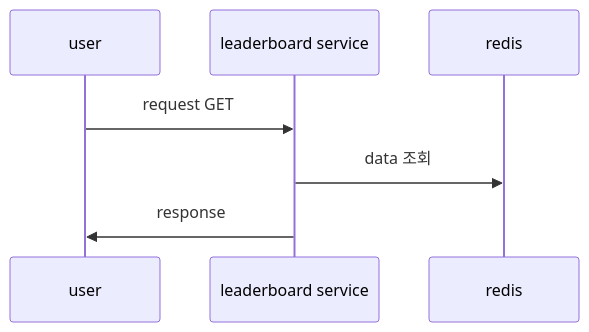
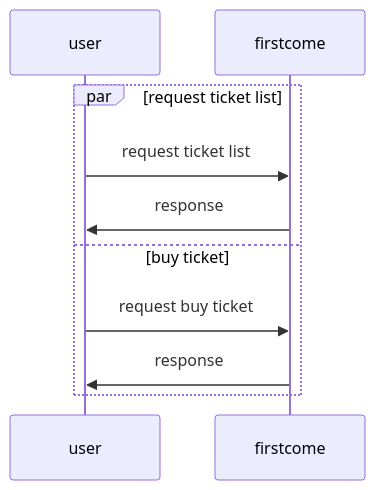
The diagram in ReadMe.md (9dev-group/study-first-come-system-bean), drawn with Mermaid before and after one commit. The commit also changed other lines of this file and 22 other files, not shown here.

````diff
--- a/ReadMe.md
+++ b/ReadMe.md
@@ -47,10 +47,14 @@
 ```mermaid
 sequenceDiagram
   participant user
-  participant leaderboard service
-  participant redis
+  participant firstcome
   
-  user ->> leaderboard service: request GET
-  leaderboard service ->> redis: data 조회
-  leaderboard service ->> user: response
+  par request ticket list
+    user ->> firstcome: request ticket list
+    firstcome ->> user: response
+  and buy ticket
+    user ->> firstcome: request buy ticket
+    firstcome ->> user: response
+  end
+  
 ```
````
